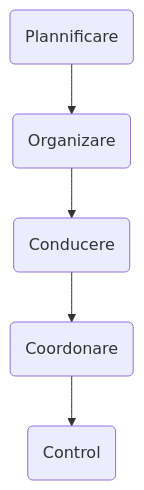
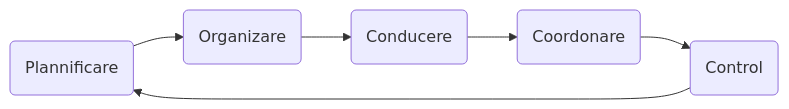
The diagram in 01-cap.qmd (alexcipro/analiza_date), drawn with Mermaid before and after one commit. The commit also changed other lines of this file and 8 other files, not shown here.

````diff
--- a/01-cap.qmd
+++ b/01-cap.qmd
@@ -13,7 +13,8 @@
 ```{mermaid}
-flowchart TD
+flowchart LR
   A(Plannificare) --> B(Organizare)
   B --> C(Conducere)
   C --> D(Coordonare)
   D --> E(Control)
+  E --> A
 ```
````
